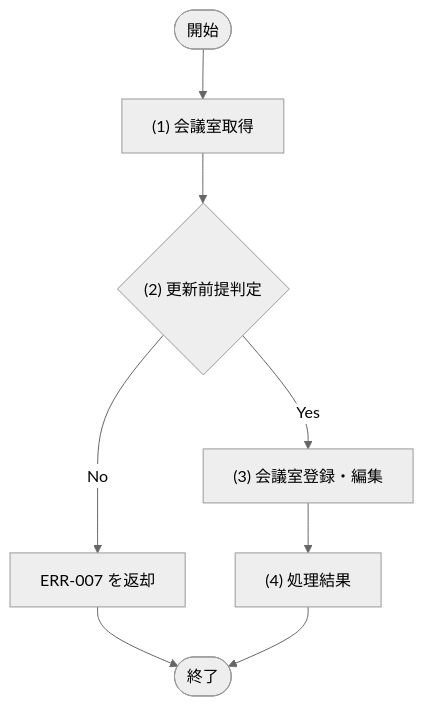
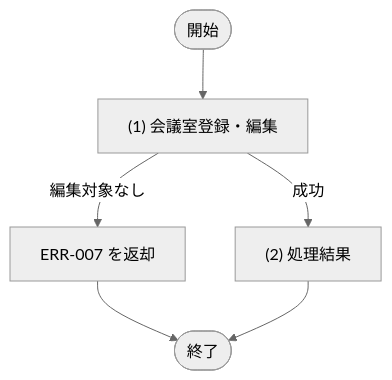
One commit to sikakou54/system-document-template changed the diagram in docs/03_機能設計/03_API設計/API-007_会議室登録・編集.md. Above: the diagram before and after it, drawn with Mermaid (neutral theme). The commit also changed other lines of this file and 38 other files, not shown here.

````diff
--- a/docs/03_機能設計/03_API設計/API-007_会議室登録・編集.md
+++ b/docs/03_機能設計/03_API設計/API-007_会議室登録・編集.md
@@ -51,14 +51,12 @@
 ```mermaid
 flowchart TD
   Start([開始])
-  P1["(1) 会議室取得"]
-  D1{"(2) 更新前提判定"}
+  P1["(1) 会議室登録・編集"]
   E1["ERR-007 を返却"]
-  P2["(3) 会議室登録・編集"]
-  P3["(4) 処理結果"]
+  P2["(2) 処理結果"]
   End([終了])
 
-  Start --> P1 --> D1
-  D1 -- "No" --> E1 --> End
-  D1 -- "Yes" --> P2 --> P3 --> End
+  Start --> P1
+  P1 -- "編集対象なし" --> E1 --> End
+  P1 -- "成功" --> P2 --> End
 ```
````
